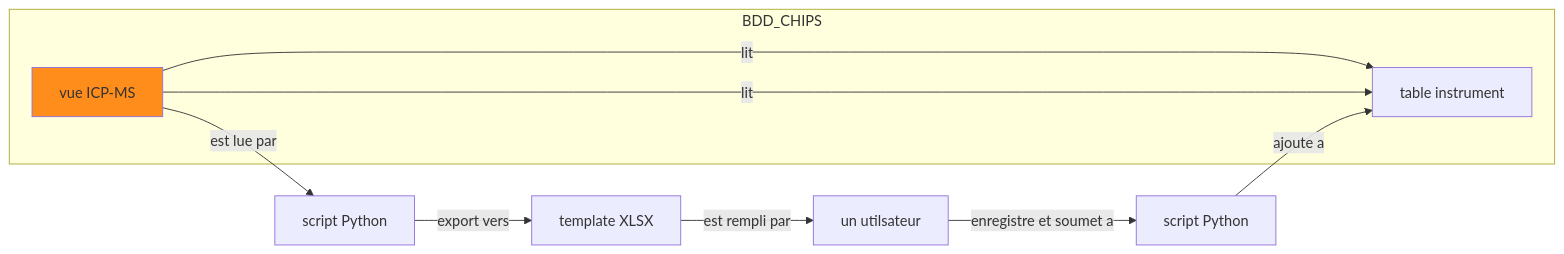
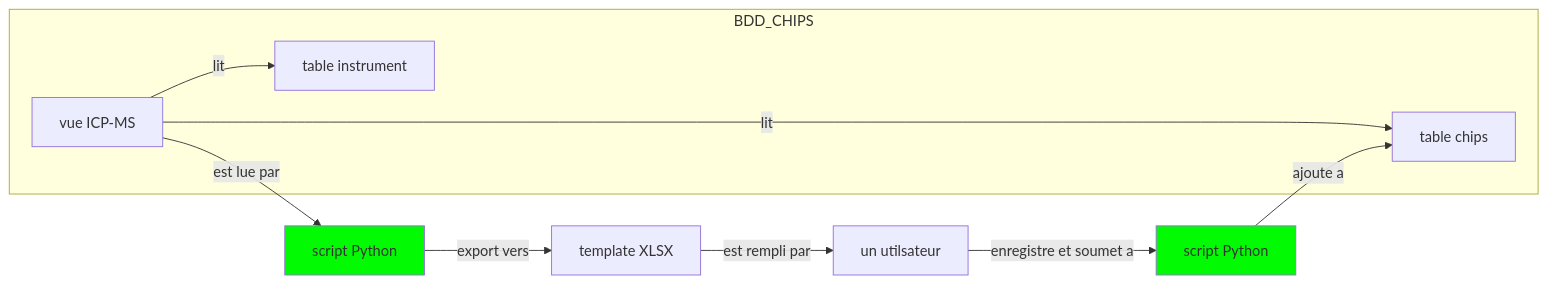
One commit to iramat/iramat-dev changed the diagram in dbs/chips/README.md. Above: the diagram before and after it, drawn with Mermaid. The commit also changed other lines of this file, not shown here.

````diff
--- a/dbs/chips/README.md
+++ b/dbs/chips/README.md
@@ -26,15 +26,16 @@
 ```mermaid
 flowchart LR
     subgraph BDD_CHIPS
       A[vue ICP-MS] -- lit --> tC[table chips]
-      A -- lit --> tC[table instrument]
+      A -- lit --> tI[table instrument]
     end
     A -- est lue par --> P1[script Python];
     P1 -- export vers --> Xt[template XLSX];
     Xt -- est rempli par --> U[un utilsateur]
     U -- enregistre et soumet a --> P2[script Python]
     P2 -- ajoute a --> tC
 
 click A "https://github.com/zoometh/iramat-test/tree/main/dbs#table_chimie"
-style A fill:#FF8D1B
+style P1 fill:#02fa02
+style P2 fill:#02fa02
 ```
````
